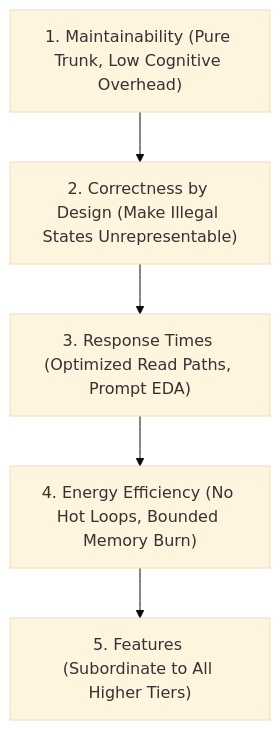
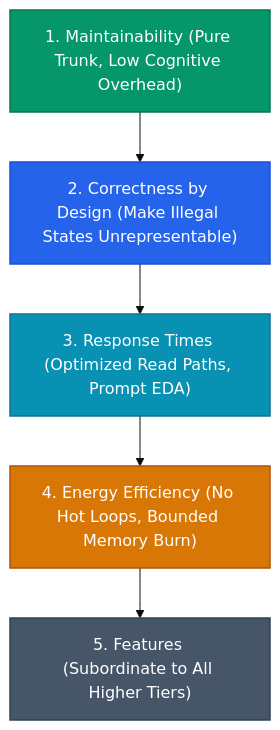
Before and after one commit to acje/acje.github.io: the second of 6 diagrams in content/projects/sf-sdlc/index.md, drawn with Mermaid (base theme). The commit also changed other lines of this file and 2 other files, not shown here.

Commit message:
Modernize and unify Mermaid diagram color schemes across project presentations

````diff
--- a/content/projects/sf-sdlc/index.md
+++ b/content/projects/sf-sdlc/index.md
@@ -55,10 +64,22 @@
 ```mermaid
 flowchart TD
     P1["1. Maintainability (Pure Trunk, Low Cognitive Overhead)"]
     P2["2. Correctness by Design (Make Illegal States Unrepresentable)"]
     P3["3. Response Times (Optimized Read Paths, Prompt EDA)"]
     P4["4. Energy Efficiency (No Hot Loops, Bounded Memory Burn)"]
     P5["5. Features (Subordinate to All Higher Tiers)"]
 
     P1 --> P2 --> P3 --> P4 --> P5
+
+    classDef green fill:#059669,stroke:#047857,stroke-width:1.5px,color:#ffffff
+    classDef blue fill:#2563eb,stroke:#1d4ed8,stroke-width:1.5px,color:#ffffff
+    classDef cyan fill:#0891b2,stroke:#0e7490,stroke-width:1.5px,color:#ffffff
+    classDef amber fill:#d97706,stroke:#b45309,stroke-width:1.5px,color:#ffffff
+    classDef slate fill:#475569,stroke:#334155,stroke-width:1.5px,color:#ffffff
+
+    class P1 green
+    class P2 blue
+    class P3 cyan
+    class P4 amber
+    class P5 slate
 ```
````
